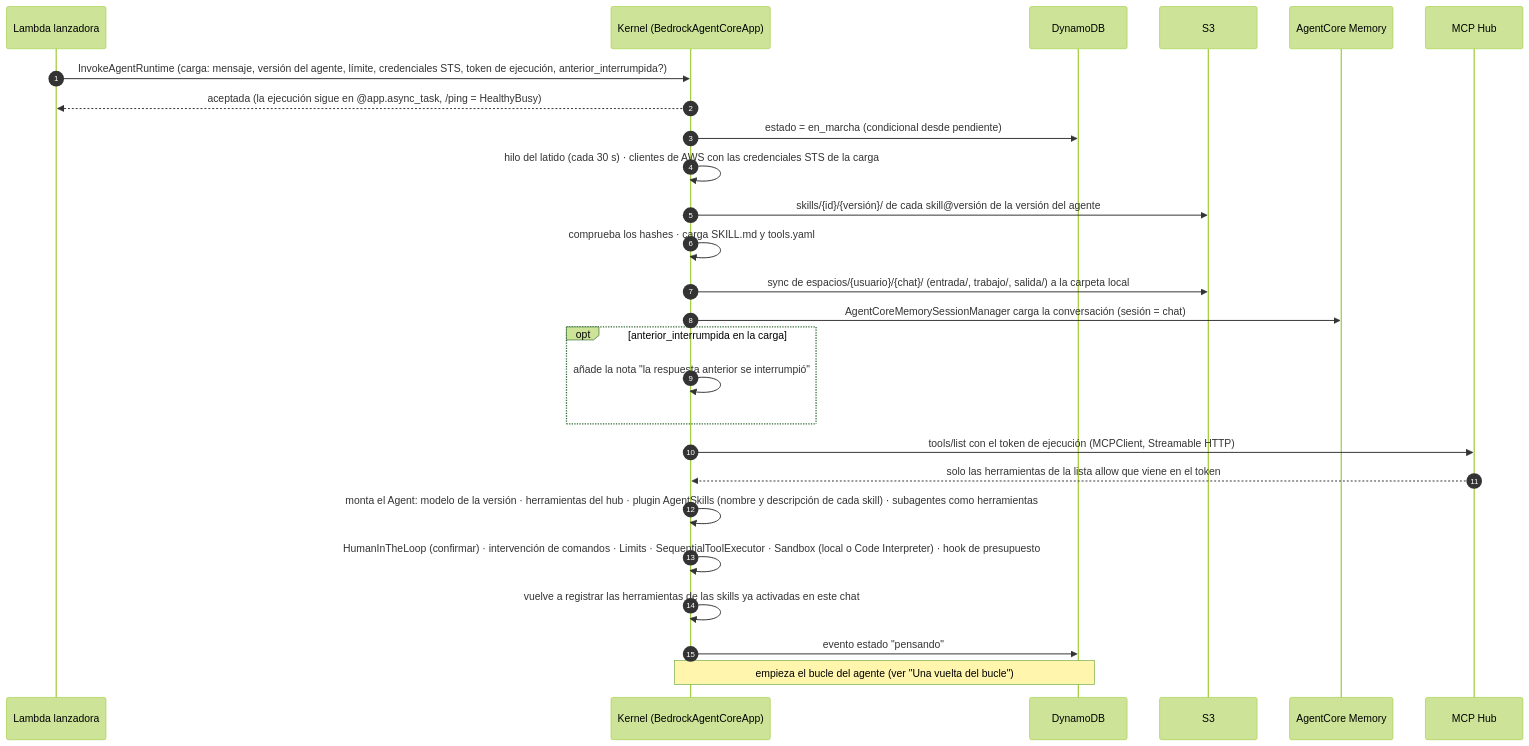
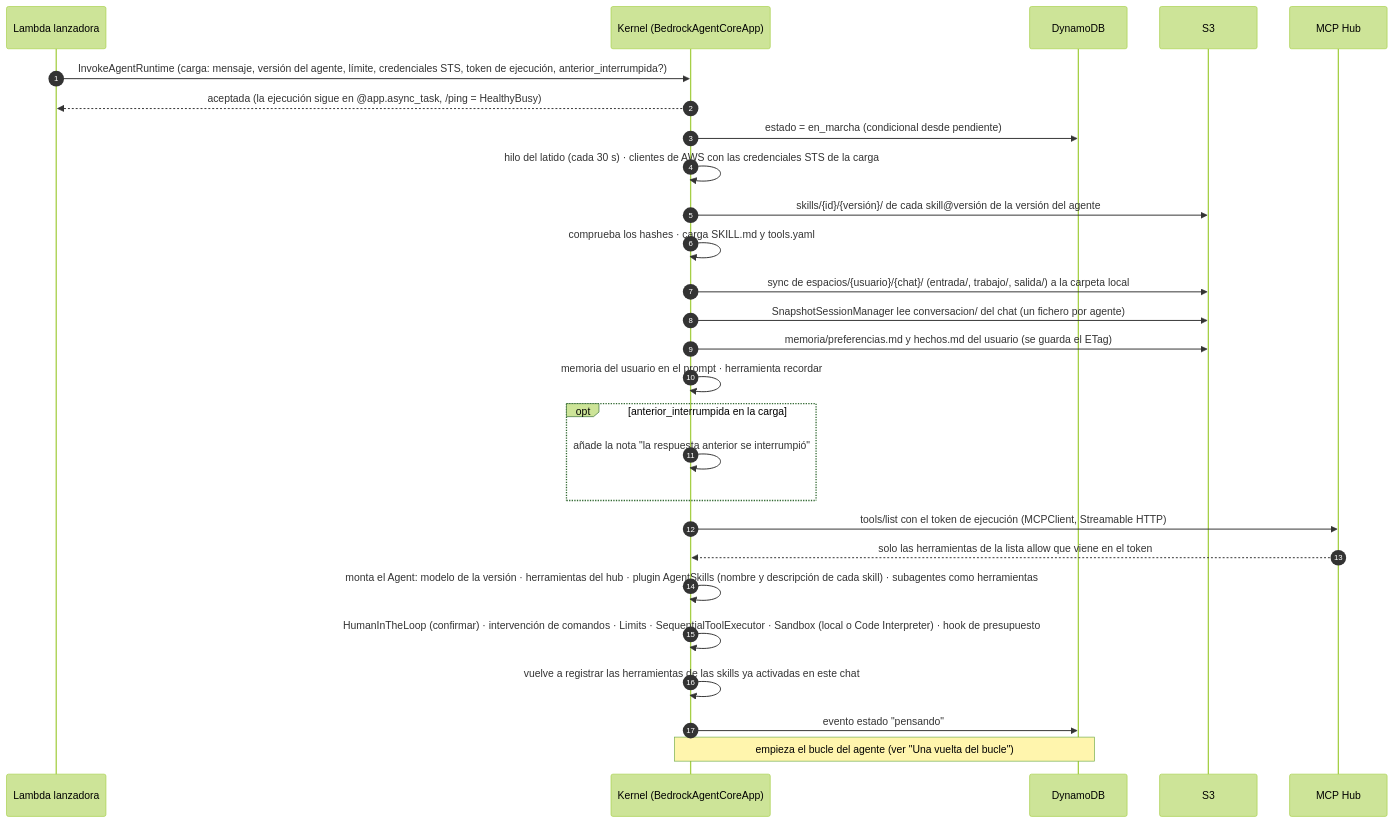
Before and after one commit to ikermendi/sample-agent-platform-with-agentcore: the second of 9 diagrams in docs/arquitectura-agentes.md, drawn with Mermaid (forest theme). The commit also changed other lines of this file and 1 other file, not shown here.

First line of the commit message:
docs: fuera AgentCore Memory; conversación y memoria del usuario en S3

````diff
--- a/docs/arquitectura-agentes.md
+++ b/docs/arquitectura-agentes.md
@@ -372,29 +373,30 @@
 ```mermaid
 sequenceDiagram
   autonumber
   participant L as Lambda lanzadora
   participant K as Kernel (BedrockAgentCoreApp)
   participant D as DynamoDB
   participant S3 as S3
-  participant M as AgentCore Memory
   participant H as MCP Hub
 
   L->>K: InvokeAgentRuntime (carga: mensaje, versión del agente, límite, credenciales STS, token de ejecución, anterior_interrumpida?)
   K-->>L: aceptada (la ejecución sigue en @app.async_task, /ping = HealthyBusy)
   K->>D: estado = en_marcha (condicional desde pendiente)
   K->>K: hilo del latido (cada 30 s) · clientes de AWS con las credenciales STS de la carga
   K->>S3: skills/{id}/{versión}/ de cada skill@versión de la versión del agente
   K->>K: comprueba los hashes · carga SKILL.md y tools.yaml
   K->>S3: sync de espacios/{usuario}/{chat}/ (entrada/, trabajo/, salida/) a la carpeta local
-  K->>M: AgentCoreMemorySessionManager carga la conversación (sesión = chat)
+  K->>S3: SnapshotSessionManager lee conversacion/ del chat (un fichero por agente)
+  K->>S3: memoria/preferencias.md y hechos.md del usuario (se guarda el ETag)
+  K->>K: memoria del usuario en el prompt · herramienta recordar
   opt anterior_interrumpida en la carga
     K->>K: añade la nota "la respuesta anterior se interrumpió"
   end
   K->>H: tools/list con el token de ejecución (MCPClient, Streamable HTTP)
   H-->>K: solo las herramientas de la lista allow que viene en el token
   K->>K: monta el Agent: modelo de la versión · herramientas del hub · plugin AgentSkills (nombre y descripción de cada skill) · subagentes como herramientas
   K->>K: HumanInTheLoop (confirmar) · intervención de comandos · Limits · SequentialToolExecutor · Sandbox (local o Code Interpreter) · hook de presupuesto
   K->>K: vuelve a registrar las herramientas de las skills ya activadas en este chat
   K->>D: evento estado "pensando"
   Note over K,D: empieza el bucle del agente (ver "Una vuelta del bucle")
 ```
````
